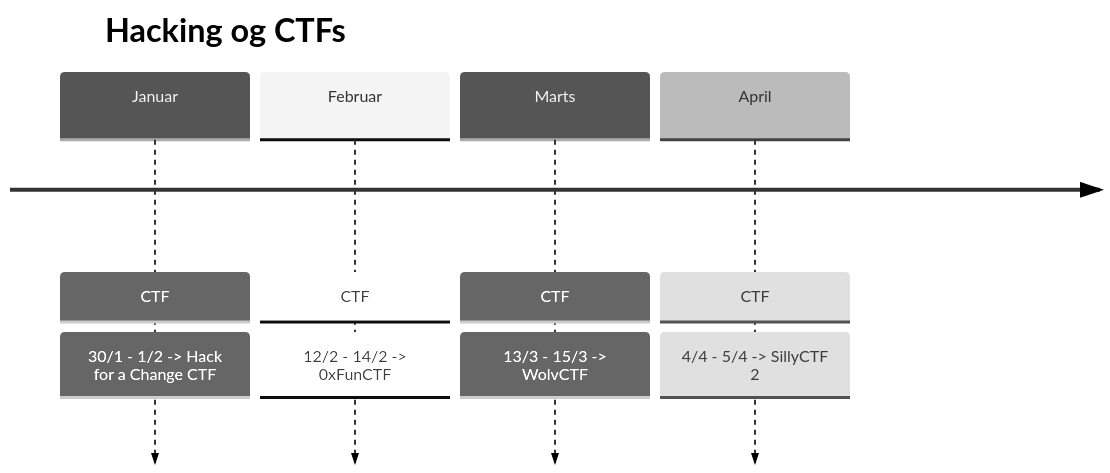
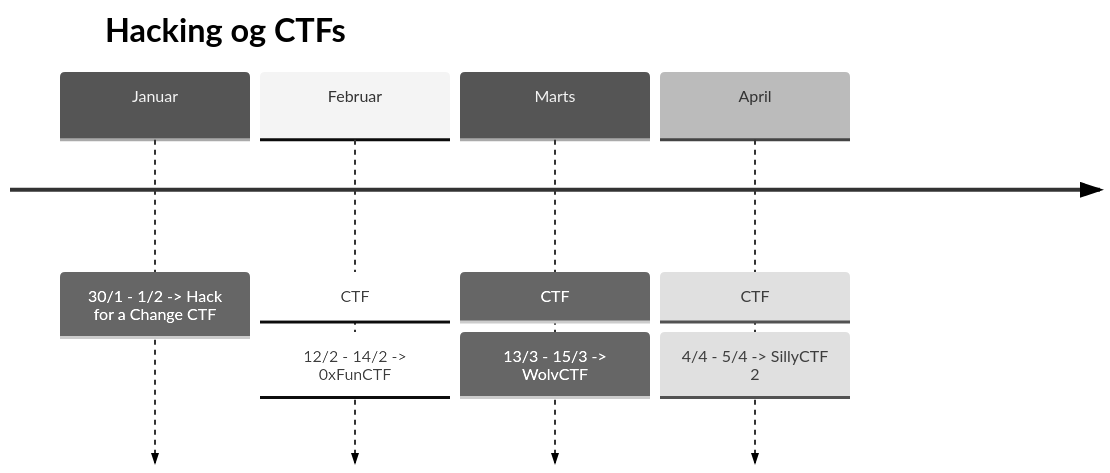
The diagram in Lasse/NextLevel/README.md (Rosenorn-Solutions/Praktik_Opgaver), drawn with Mermaid (neutral theme) before and after one commit.

````diff
--- a/Lasse/NextLevel/README.md
+++ b/Lasse/NextLevel/README.md
@@ -12,12 +12,12 @@
 ```mermaid
 timeline
     title Hacking og CTFs
-    Januar : CTF 
+    Januar  
         : 30/1 - 1/2 -> Hack for a Change CTF
     Februar : CTF
         : 12/2 - 14/2 -> 0xFunCTF
     Marts : CTF
         : 13/3 - 15/3 -> WolvCTF 
     April : CTF
         : 4/4 - 5/4 -> SillyCTF 2 
 ```
````
